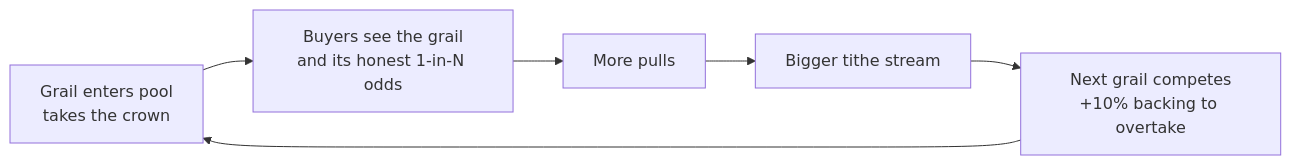
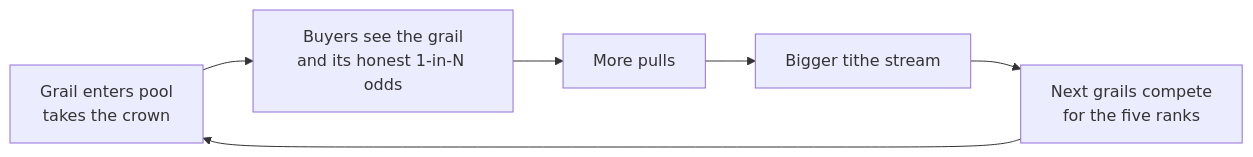
The diagram in the-crown.mdx (gabox-labs/docs), drawn with Mermaid before and after one commit. The commit also changed other lines of this file and 14 other files, not shown here.

````diff
--- a/the-crown.mdx
+++ b/the-crown.mdx
@@ -24,8 +33,8 @@
 ```mermaid
 flowchart LR
     G[Grail enters pool<br/>takes the crown] --> F[Buyers see the grail<br/>and its honest 1-in-N odds]
     F --> P[More pulls]
     P --> T[Bigger tithe stream]
-    T --> G2[Next grail competes<br/>+10% backing to overtake]
+    T --> G2[Next grails compete<br/>for the five ranks]
     G2 --> G
 ```
````
